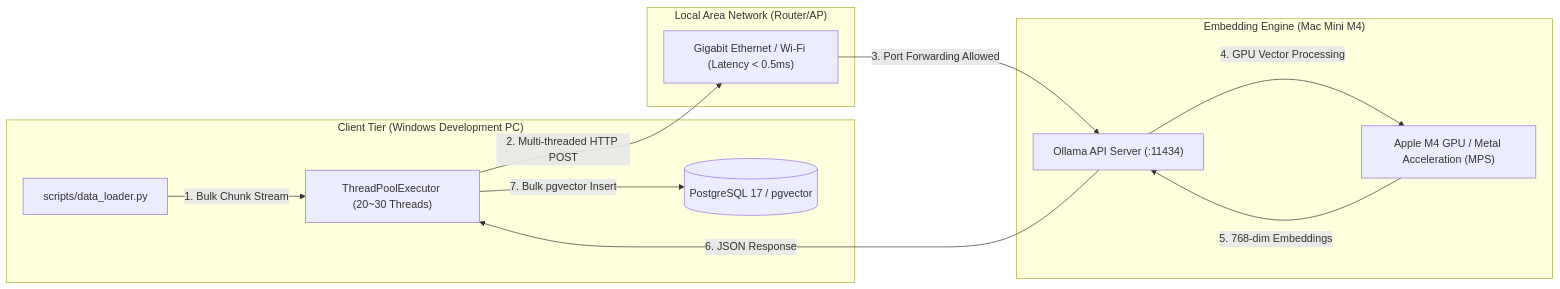
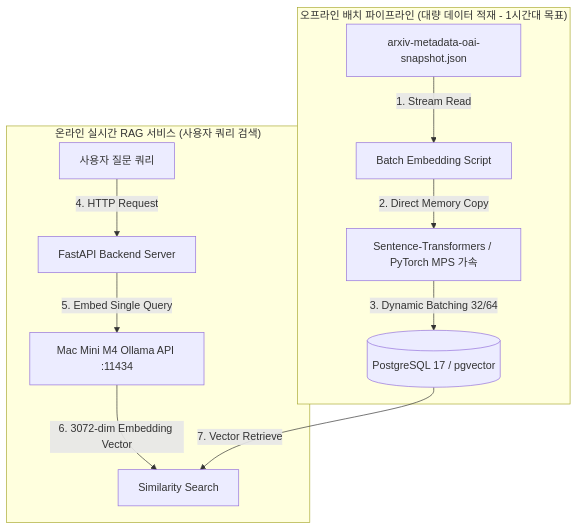
Before and after one commit to bist-mini-2/bist-mini-2: the diagram in docs/deliverables/2nd/project_plans/local-distributed-embedding-guide.md, drawn with Mermaid. The commit also changed other lines of this file, not shown here.

Commit message:
docs: update local-distributed-embedding-guide to hybrid separation architecture

````diff
--- a/docs/deliverables/2nd/project_plans/local-distributed-embedding-guide.md
+++ b/docs/deliverables/2nd/project_plans/local-distributed-embedding-guide.md
@@ -11,26 +11,15 @@
 ```mermaid
-graph LR
-    subgraph WinPC ["Client Tier (Windows Development PC)"]
-        Loader["scripts/data_loader.py"]
-        Thread["ThreadPoolExecutor (20~30 Threads)"]
-        DB[(PostgreSQL 17 / pgvector)]
+flowchart TD
+    subgraph "오프라인 배치 파이프라인 (대량 데이터 적재 - 1시간대 목표)"
+        A[arxiv-metadata-oai-snapshot.json] -->|1. Stream Read| B[Batch Embedding Script]
+        B -->|2. Direct Memory Copy| C[Sentence-Transformers / PyTorch MPS 가속]
+        C -->|3. Dynamic Batching 32/64| D[(PostgreSQL 17 / pgvector)]
     end
 
-    subgraph Router ["Local Area Network (Router/AP)"]
-        LAN["Gigabit Ethernet / Wi-Fi (Latency < 0.5ms)"]
+    subgraph "온라인 실시간 RAG 서비스 (사용자 쿼리 검색)"
+        E[사용자 질문 쿼리] -->|4. HTTP Request| F[FastAPI Backend Server]
+        F -->|5. Embed Single Query| G[Mac Mini M4 Ollama API :11434]
+        G -->|6. 3072-dim Embedding Vector| H[Similarity Search]
+        D -->|7. Vector Retrieve| H
     end
-
-    subgraph MacMini ["Embedding Engine (Mac Mini M4)"]
-        Ollama["Ollama API Server (:11434)"]
-        GPU["Apple M4 GPU / Metal Acceleration (MPS)"]
-    end
-
-    %% Flow
-    Loader -->|1. Bulk Chunk Stream| Thread
-    Thread -->|2. Multi-threaded HTTP POST| LAN
-    LAN -->|3. Port Forwarding Allowed| Ollama
-    Ollama -->|4. GPU Vector Processing| GPU
-    GPU -->|5. 768-dim Embeddings| Ollama
-    Ollama -->|6. JSON Response| Thread
-    Thread -->|7. Bulk pgvector Insert| DB
 ```
````
